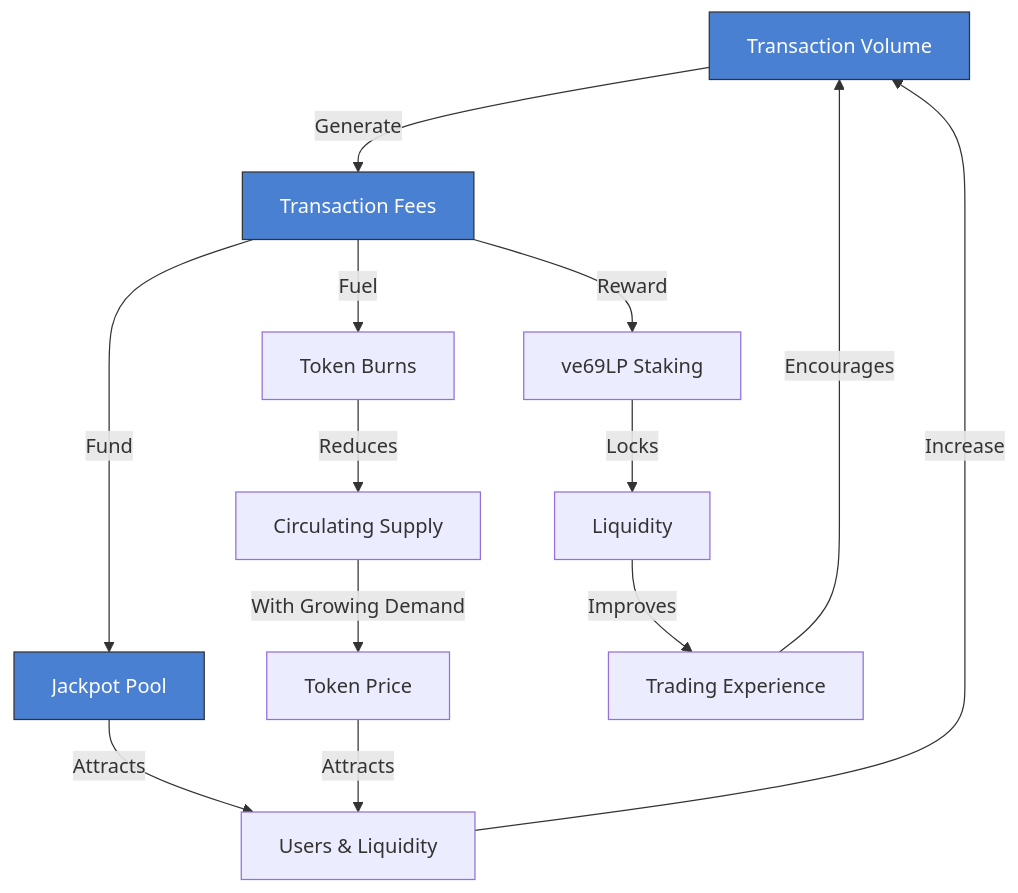
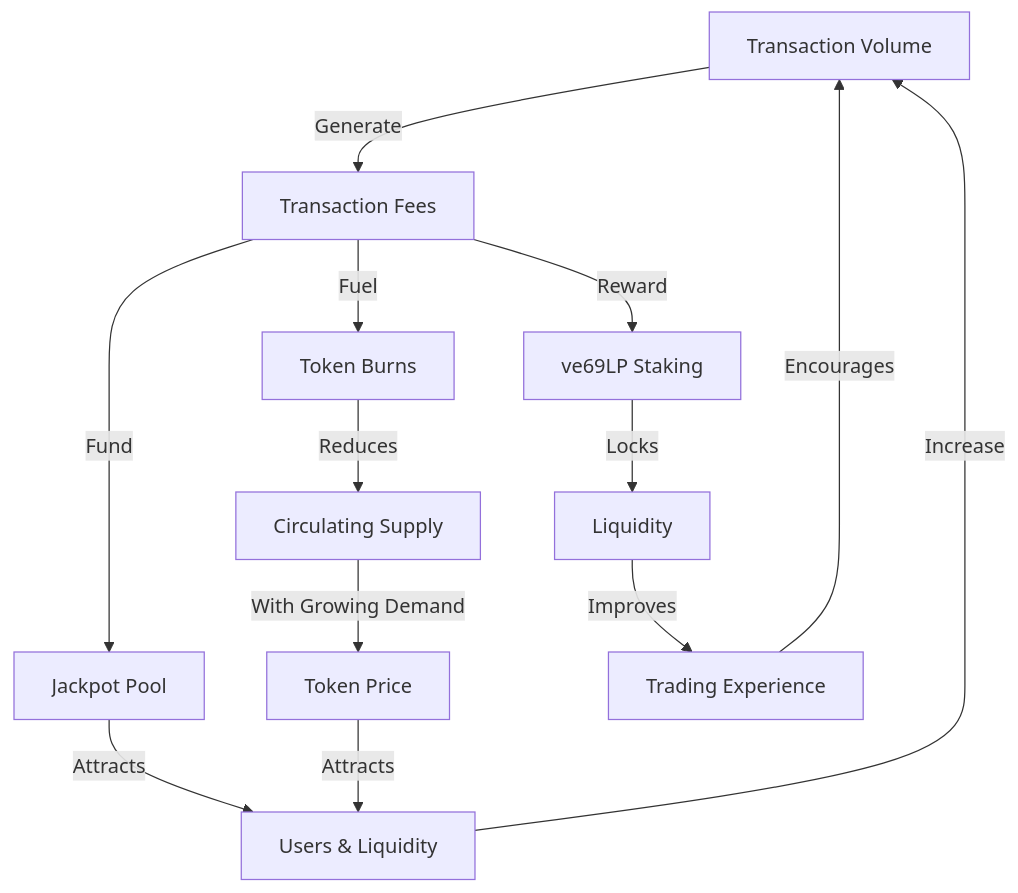
The diagram in docs/concepts/tokenomics.md (wenakita/sonicreddragon-docs), drawn with Mermaid before and after one commit. The commit also changed other lines of this file and 519 other files, not shown here.

````diff
--- a/docs/concepts/tokenomics.md
+++ b/docs/concepts/tokenomics.md
@@ -115,28 +116,28 @@
 ```mermaid
 flowchart TD
     Transactions["Transaction Volume"]
     Fees["Transaction Fees"]
     Jackpot["Jackpot Pool"]
     Staking["ve69LP Staking"]
     Burn["Token Burns"]
     Price["Token Price"]
-    
+
     Transactions -->|"Generate"| Fees
     Fees -->|"Fund"| Jackpot
     Fees -->|"Reward"| Staking
     Fees -->|"Fuel"| Burn
-    
+
     Jackpot -->|"Attracts"| Users["Users & Liquidity"]
     Staking -->|"Locks"| Liquidity["Liquidity"]
     Burn -->|"Reduces"| Supply["Circulating Supply"]
-    
+
     Users -->|"Increase"| Transactions
     Liquidity -->|"Improves"| TradingExperience["Trading Experience"]
     Supply -->|"With Growing Demand"| Price
-    
+
     TradingExperience -->|"Encourages"| Transactions
     Price -->|"Attracts"| Users
-    
-    classDef highlight fill:#4a80d1,stroke:#333,color:white;
-    class Transactions,Fees,Jackpot highlight
+    classDef highlight fill:#4a80d1,stroke:#4a80d1,stroke-width:2px,color:#ffffff
+    class Transactions primary
+    class FeesJackpot primary
 ```
````
